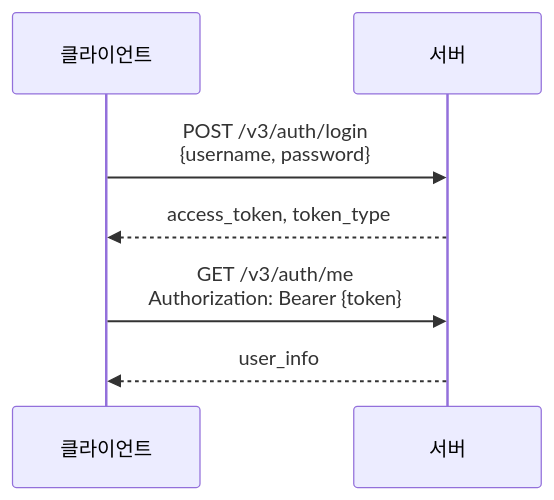
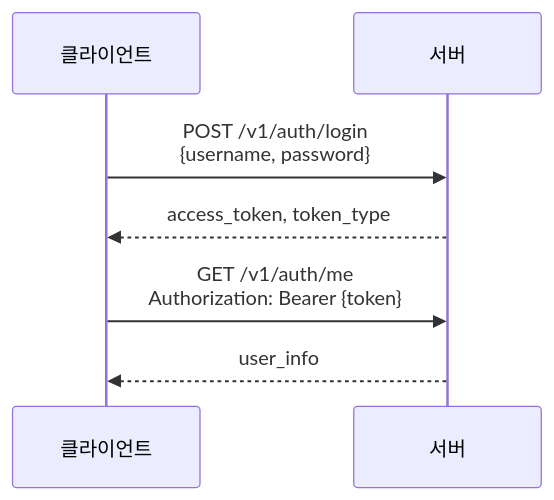
One commit to coteleafdev/SkinLens changed the fourth of 7 diagrams in docs/ops/SERVER_TEST_GUIDE.md. Above: the diagram before and after it, drawn with Mermaid. The commit also changed other lines of this file and 52 other files, not shown here.

````diff
--- a/docs/ops/SERVER_TEST_GUIDE.md
+++ b/docs/ops/SERVER_TEST_GUIDE.md
@@ -184,11 +184,11 @@
 ```mermaid
 sequenceDiagram
     participant C as 클라이언트
     participant S as 서버
     
-    C->>S: POST /v3/auth/login<br/>{username, password}
+    C->>S: POST /v1/auth/login<br/>{username, password}
     S-->>C: access_token, token_type
     
-    C->>S: GET /v3/auth/me<br/>Authorization: Bearer {token}
+    C->>S: GET /v1/auth/me<br/>Authorization: Bearer {token}
     S-->>C: user_info
 ```
````
